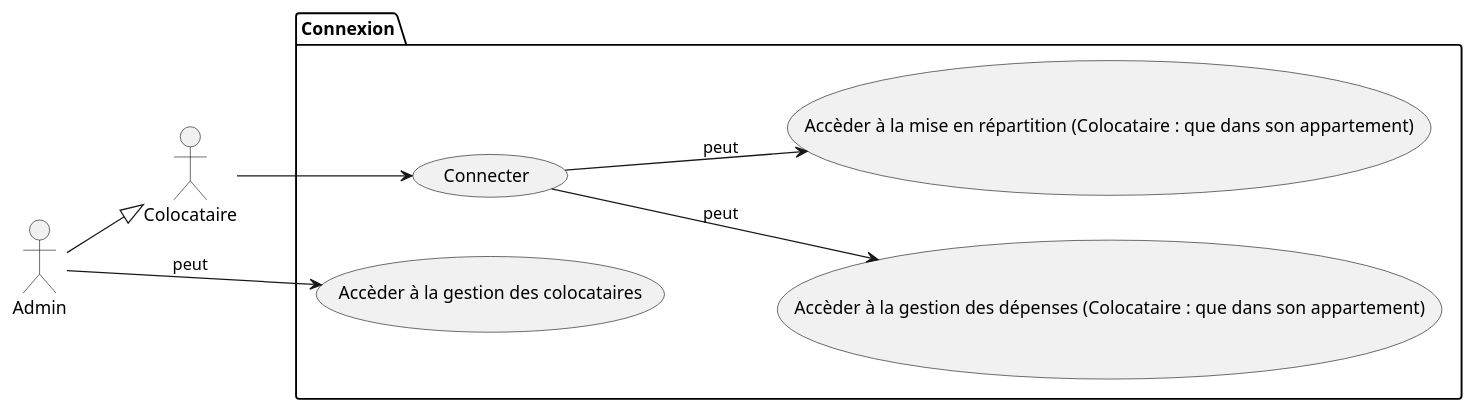
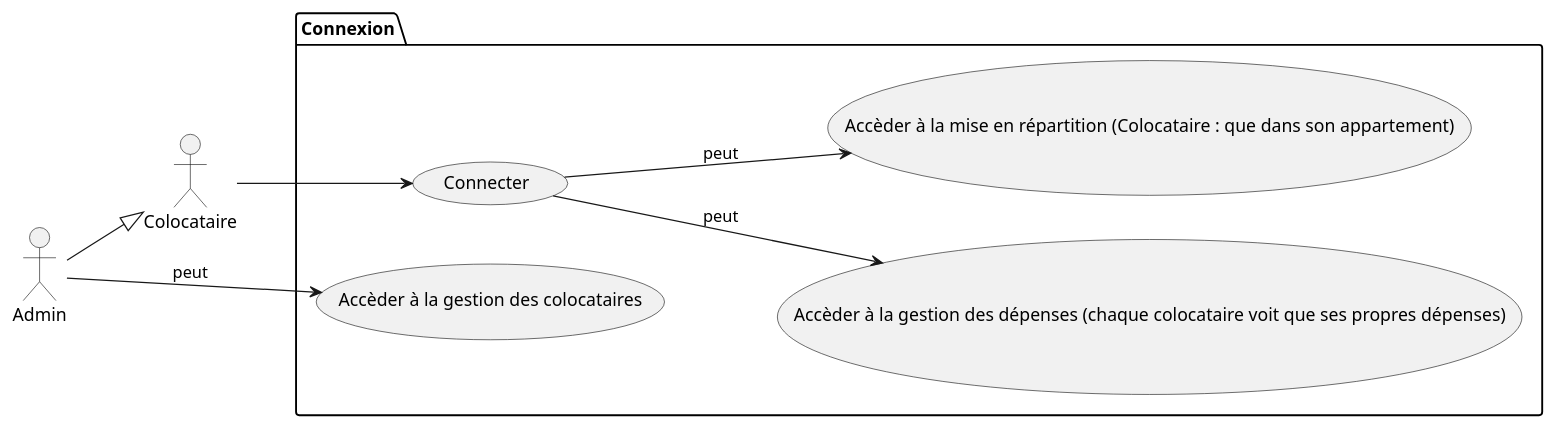
The fifth of 7 diagrams in README.md (MihutaMihail/application_crous), drawn with PlantUML before and after one commit. The commit also changed other lines of this file and 4 other files, not shown here.

````diff
--- a/README.md
+++ b/README.md
@@ -194,21 +194,21 @@
 ```plantuml
 @startuml model1
 scale 1
 left to right direction
 actor Colocataire as c
 actor Admin as a
 
 package Connexion {
     usecase "Connecter" as UC1
-    usecase "Accèder à la gestion des dépenses (Colocataire : que dans son appartement)" as UC2
+    usecase "Accèder à la gestion des dépenses (chaque colocataire voit que ses propres dépenses)" as UC2
     usecase "Accèder à la mise en répartition (Colocataire : que dans son appartement)" as UC3
     usecase "Accèder à la gestion des colocataires" as UC4
 }
 c --> UC1
 UC1 --> UC2 : peut
 UC1 --> UC3 : peut
 a --|> c
 a --> UC4 : peut
 
 @enduml
 ```
````
